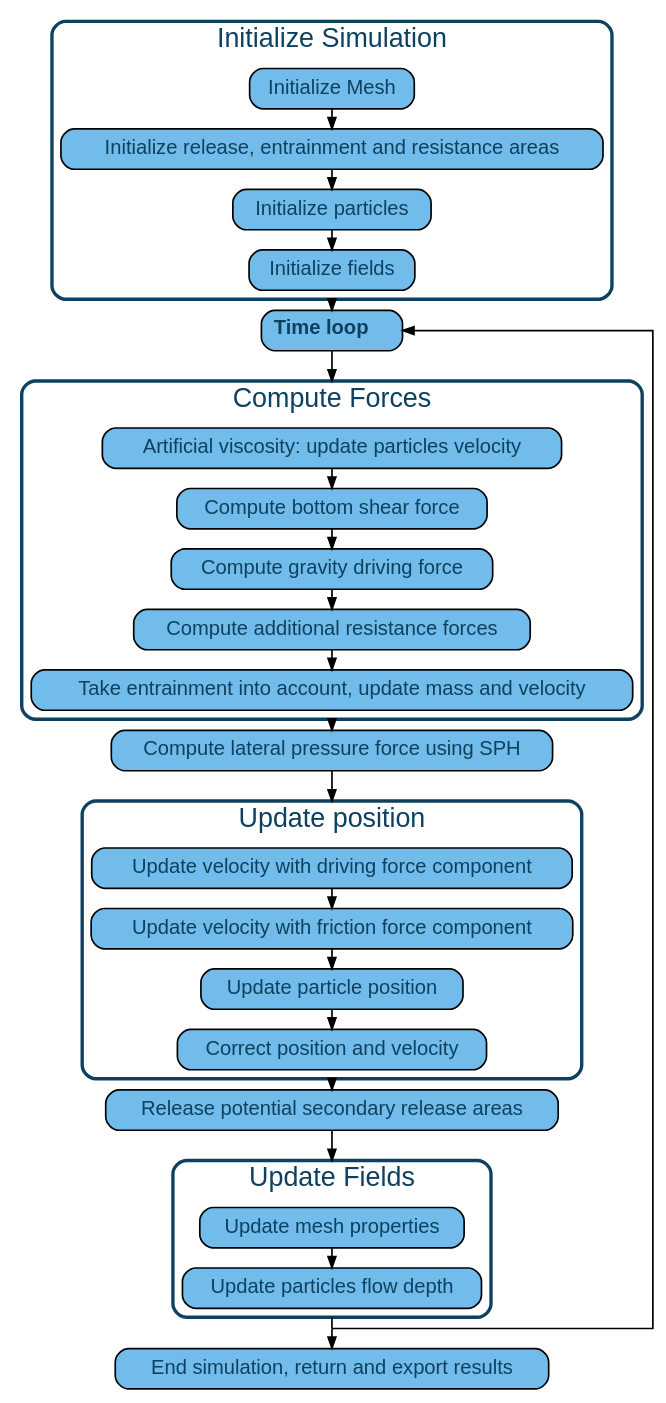
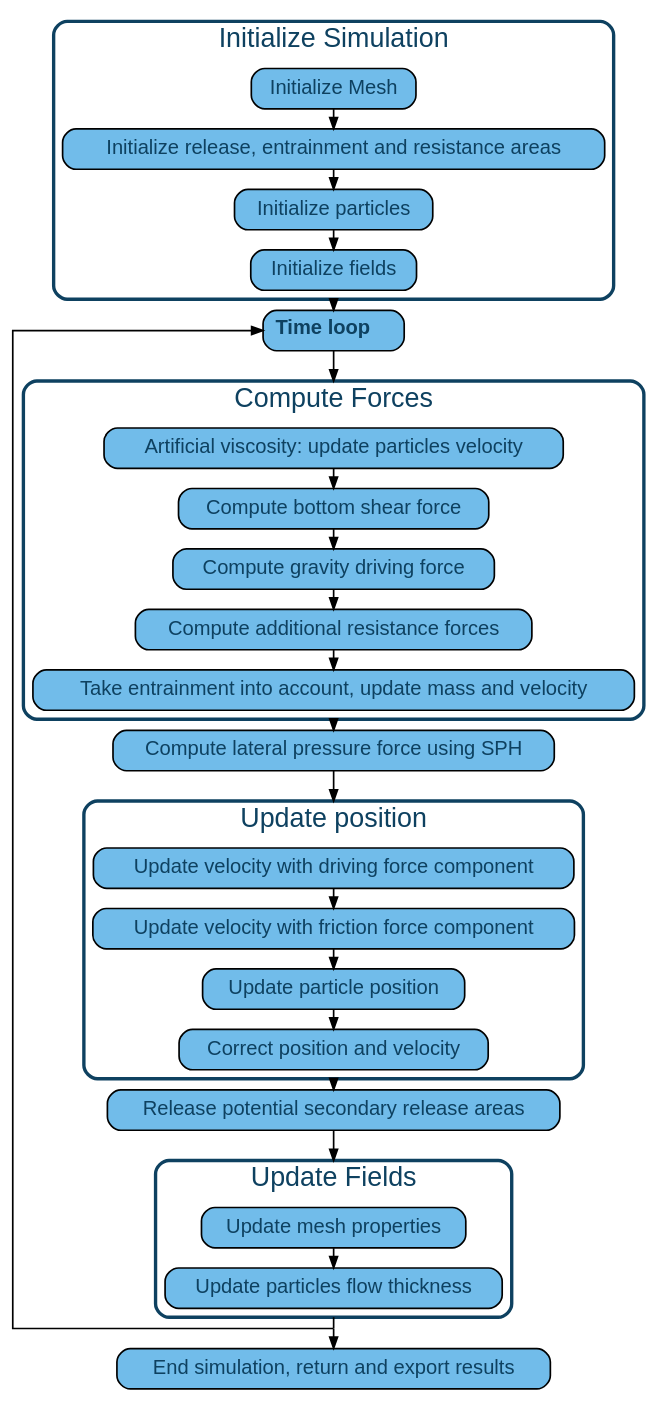
Before and after one commit to avaframe/AvaFrame: the diagram in docs/com1DFAAlgorithmGraph.dot, drawn with Graphviz. The commit also changed 17 other files, not shown here.

Commit message:
Rename depth to thickness in docs

```diff
--- a/docs/com1DFAAlgorithmGraph.dot
+++ b/docs/com1DFAAlgorithmGraph.dot
@@ -1,142 +1,142 @@
 
 digraph "com1DFA algorithm graph" {
   /* compound=true; */
   newrank=true;
   size="100,100";
   rankdir="TB";
   graph [compound=true, ranksep=0.25, splines=ortho, fontname="helvetica", fontsize="24" fontcolor="#0E4160"];
   /* subgraph [compound=true, ranksep=0.5, splines=ortho, fontname="helvetica", fontsize="32" fontcolor="#0E4160"]; */
   node [shape=box style="rounded,filled" fontsize=18 fontcolor="#0E4160" fontname="helvetica" fillcolor="#51ADE5cf" penwidth=1.5];
   edge [fontname="helvetica", fontsize="14" penwidth=1.5];
 
   prepareMesh [label="Initialize Mesh", href="../com1DFAAlgorithm.html#initialize-mesh" tooltip="Go to: initialize mesh" target="_top"];
 
   prepareAreas [label= "Initialize release, entrainment and resistance areas",
   href="../com1DFAAlgorithm.html#initialize-release-entrainment-and-resistance-areas" tooltip="Go to: release... initialization" target="_top"];
 
   initializeParticles [label="Initialize particles", href="../com1DFAAlgorithm.html#initialize-particles" tooltip="Go to: particle initialization" target="_top"];
 
   initializeFields [label="Initialize fields", href="../com1DFAAlgorithm.html#initialize-fields" tooltip="Go to: Initialize fields" target="_top"];
 
   timeLoop [label=<
     <table border="0" cellborder="0" cellspacing="1">
      <tr><td align="left"><b>Time loop </b></td></tr>
     </table>>, href="../com1DFAAlgorithm.html#time-scheme-and-iterations" tooltip="Go to: Time scheme" target="_top"];
 
   endTimeLoop [width=0 shape=point label=""];
   intermediate0 [width=0 shape=point label=""];
   intermediate1 [width=0 shape=point label=""];
   intermediate2 [width=0 shape=point label=""];
 
 
   artifViscosity [label="Artificial viscosity: update particles velocity",
   href="../com1DFAAlgorithm.html#artificial-viscosity" tooltip="Go to: Artificial viscosity" target="_top"];
 
   computeFrictForce [label="Compute bottom shear force",
   href="../theoryCom1DFA.html#compute-friction-forces"];
 
   computeGravityForce [label="Compute gravity driving force",
   href="../com1DFAAlgorithm.html#compute-body-driving-force" tooltip="Go to: Gravity force" target="_top"];
 
   computeResForce [label="Compute additional resistance forces",
   href="../com1DFAAlgorithm.html#added-resistance-force" tooltip="Go to: Additional resistance" target="_top"];
 
   updateMassEntr [label="Take entrainment into account, update mass and velocity",
   href="../com1DFAAlgorithm.html#take-entrainment-into-account" tooltip="Go to: Add entrained mass" target="_top"];
 
   computeSPHForce [label="Compute lateral pressure force using SPH",
   href="../com1DFAAlgorithm.html#compute-lateral-pressure-forces" title="Go to: Add lateral pressure force" target="_top"];
 
   updateVelocityDrive [label="Update velocity with driving force component",
   href="../com1DFAAlgorithm.html#update-position" tooltip="Go to: Update Position" target="_top"];
 
   updateVelocityFrict [label="Update velocity with friction force component",
   href="../com1DFAAlgorithm.html#update-position" tooltip="Go to: Update Position" target="_top"];
 
   updatePartPos [label="Update particle position",
   href="../com1DFAAlgorithm.html#update-position" tooltip="Go to: Update Position" target="_top"];
 
   correctPartPos [label="Correct position and velocity",
   href="../com1DFAAlgorithm.html#update-position" tooltip="Go to: Update Position" target="_top"];
 
   addSecRelease [label="Release potential secondary release areas",
   href="../com1DFAAlgorithm.html#add-secondary-release-area" tooltip="Go to: Secondary release" target="_top"];
 
   updateFields [label="Update mesh properties",
   href="../com1DFAAlgorithm.html#update-fields" tooltip="Go to: Update fields" target="_top"];
 
-  updateParticlesFlowDepth [label="Update particles flow depth",
+  updateParticlesFlowThickness [label="Update particles flow thickness",
   href="../com1DFAAlgorithm.html#update-fields" tooltip="Go to: Update fields" target="_top"];
 
   endSimulation [label="End simulation, return and export results",
   href="../com1DFAAlgorithm.html#simulation-outputs" tooltip="Go to: Simulation outputs" target="_top"];
 
 
   initializeFields -> timeLoop [weight=10,ltail=cluster_initialization];
   timeLoop -> intermediate0 [weight=10, arrowhead=none];
   intermediate0 -> artifViscosity [weight=10,lhead=cluster_Forces];
   updateMassEntr -> computeSPHForce [weight=10, ltail=cluster_Forces];
   computeSPHForce -> intermediate1 [weight=10, arrowhead=none];
   intermediate1 -> updateVelocityDrive [weight=10,lhead=cluster_2];
   correctPartPos -> addSecRelease [weight=10,ltail=cluster_2];
   addSecRelease -> intermediate2 [weight=10, arrowhead=none];
   intermediate2 -> updateFields [weight=10,lhead=cluster_3];
-  updateParticlesFlowDepth -> endTimeLoop [weight=10,ltail=cluster_3, arrowhead=none];
+  updateParticlesFlowThickness -> endTimeLoop [weight=10,ltail=cluster_3, arrowhead=none];
   endTimeLoop -> endSimulation [weight=10];
   endTimeLoop -> timeLoop [weight=1, constraint=false];
 
 
   /* prepareMesh -> timeLoop [weight=10,ltail=cluster_initialization];
   timeLoop -> artifViscosity [weight=10,lhead=cluster_Forces];
   artifViscosity -> computeSPHForce [weight=10, ltail=cluster_Forces];
   computeSPHForce -> updateVelocityDrive [weight=10,lhead=cluster_2];
   updateVelocityDrive -> addSecRelease [weight=10,ltail=cluster_2];
   addSecRelease -> updateFields [weight=10,lhead=cluster_3];
   updateFields -> endTimeLoop [weight=10,ltail=cluster_3, arrowhead=none];
   endTimeLoop -> endSimulation [weight=10];
   endTimeLoop -> timeLoop [weight=1, constraint=false]; */
 
   subgraph cluster_initialization {
     /* rank=same; */
     style="rounded";
     color="#0E4160";
     penwidth=3;
     prepareMesh -> prepareAreas[weight=10];
     prepareAreas -> initializeParticles[weight=10];
     initializeParticles -> initializeFields[weight=10];
     label = "Initialize Simulation";
   }
 
   subgraph cluster_Forces {
     /* rank=same; */
     style="rounded";
     color="#0E4160";
     penwidth=3;
     artifViscosity -> computeFrictForce[weight=10];
     computeFrictForce -> computeGravityForce[weight=10];
     computeGravityForce -> computeResForce[weight=10];
     computeResForce -> updateMassEntr[weight=10];
     label = "Compute Forces";
   }
 
   subgraph cluster_2 {
     /* rank=same; */
     updateVelocityDrive -> updateVelocityFrict [weight=10];
     updateVelocityFrict -> updatePartPos [weight=10];
     updatePartPos -> correctPartPos [weight=10];
     href="../com1DFAAlgorithm.html#update-position" tooltip="Go to: Update Position" target="_top"
     label = "Update position";
     style="rounded";
     color="#0E4160";
     penwidth=3;
   }
   subgraph cluster_3 {
     /* rank=same; */
-    updateFields -> updateParticlesFlowDepth [weight=10];
+    updateFields -> updateParticlesFlowThickness [weight=10];
     label = "Update Fields";
     style="rounded";
     color="#0E4160";
     penwidth=3;
   }
 
    }
```
